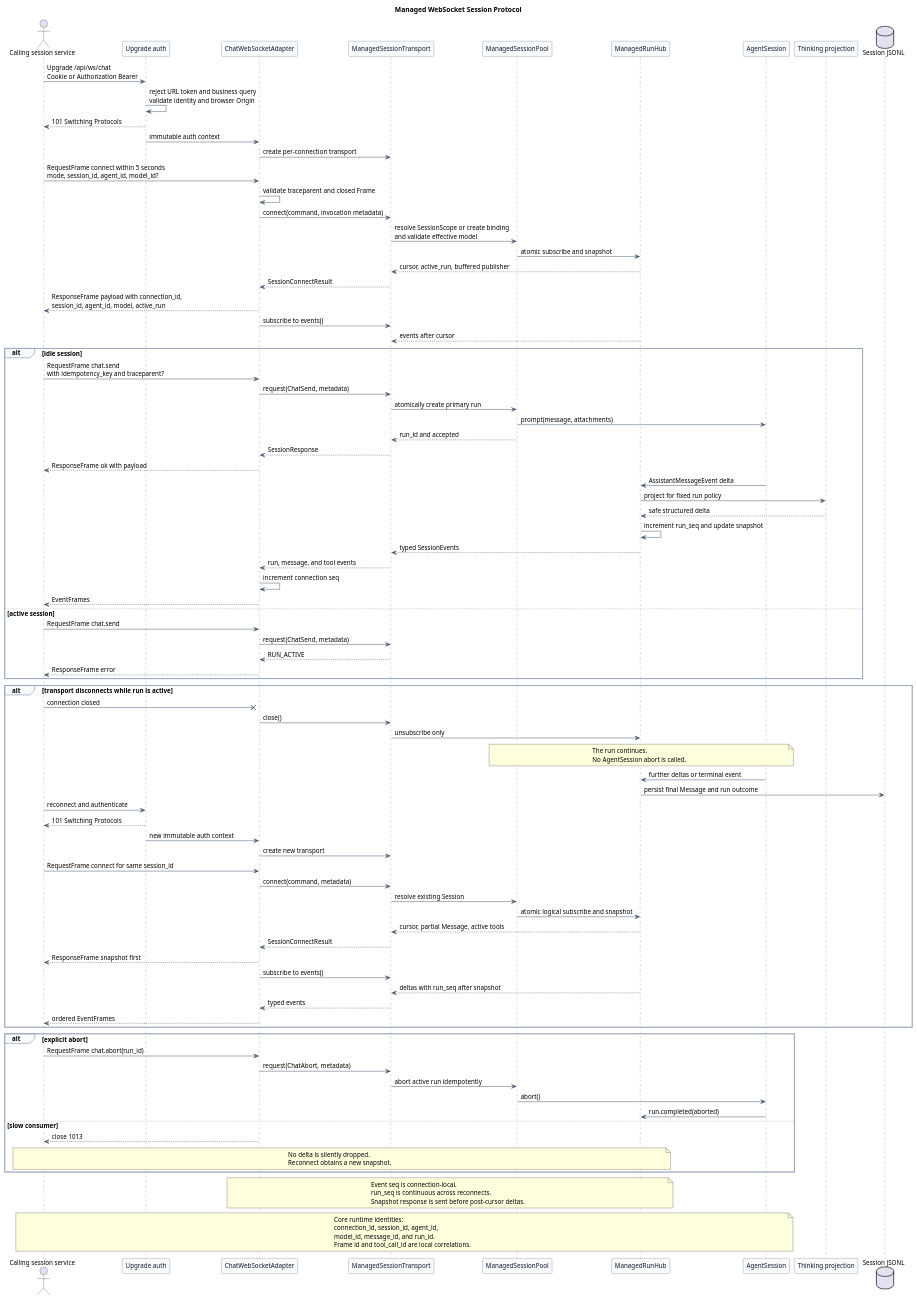
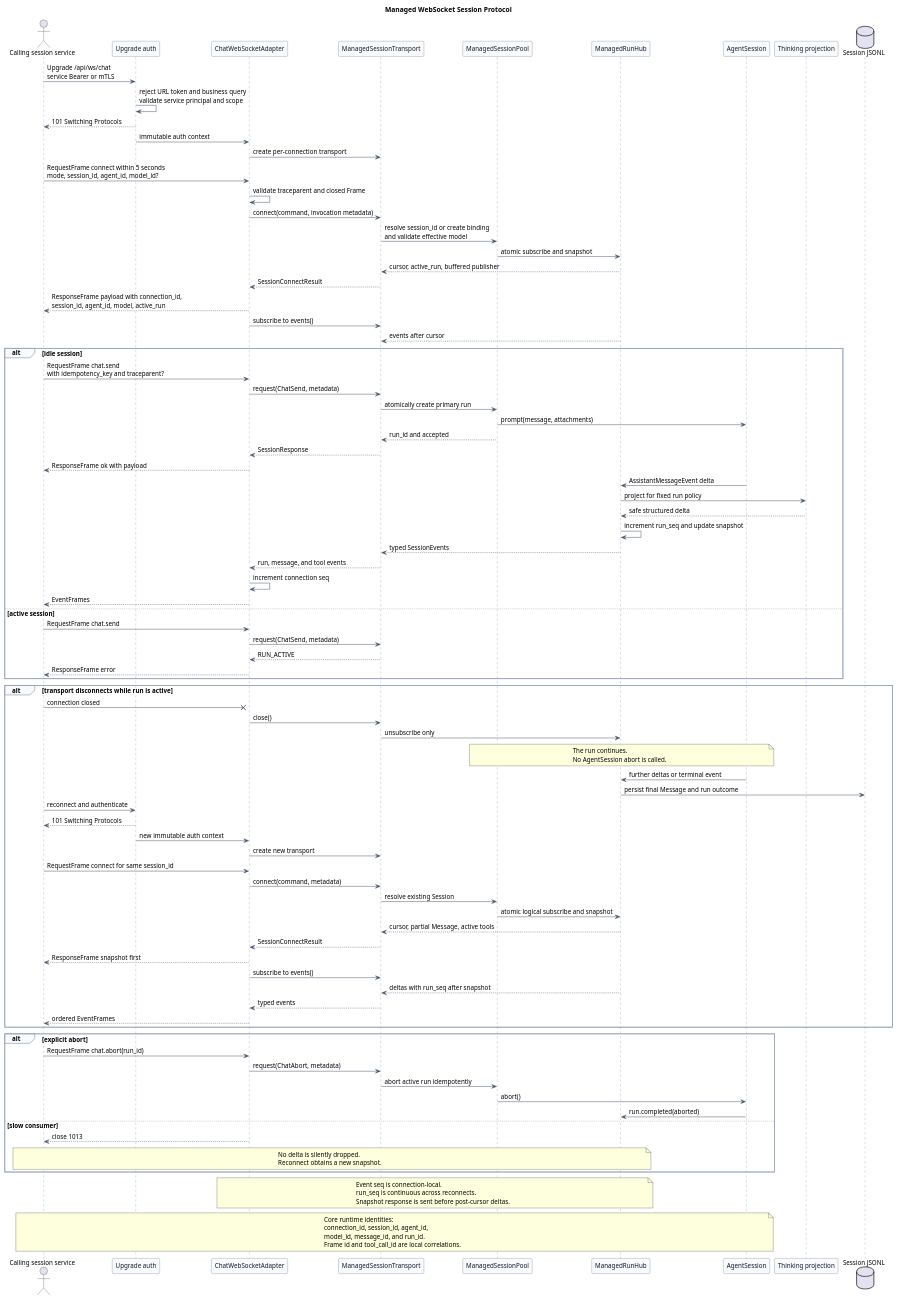
Before and after one commit to superheromeZzh/pi-mono-java-design: the fourth of 6 diagrams in pi-mono-java-manager-driven-multi-agent-runtime/diagram.puml, drawn with PlantUML. The commit also changed other lines of this file and 14 other files, not shown here.

Commit message:
docs(runtime): use session id as isolation key

```diff
--- a/pi-mono-java-manager-driven-multi-agent-runtime/diagram.puml
+++ b/pi-mono-java-manager-driven-multi-agent-runtime/diagram.puml
@@ -257,139 +259,140 @@
 @startuml managed_websocket_session_protocol
 title Managed WebSocket Session Protocol
 
 ' Source evidence:
 ' pi-mono-java modules/coding-agent-cli/src/main/java/com/campusclaw/codingagent/mode/server/ServerMode.java: websocket route
 ' pi-mono-java modules/coding-agent-cli/src/main/java/com/campusclaw/codingagent/mode/server/ChatWebSocketHandler.java: handle, onAgentEvent
 ' pi-mono-java modules/agent-core/src/main/java/com/campusclaw/agent/event/MessageUpdateEvent.java: message, assistantMessageEvent
 ' pi-mono-java modules/ai/src/main/java/com/campusclaw/ai/stream/AssistantMessageEvent.java: typed deltas
 ' OpenClaw baseline: b015925bc30f6a8363f290b07d5f8588e21422b8, Gateway Protocol v4
 ' openclaw packages/gateway-protocol/src/schema/frames.ts: RequestFrameSchema, GatewayFrameSchema
 ' openclaw packages/gateway-protocol/src/schema/logs-chat.ts: ChatDeltaEventSchema
 ' openclaw docs/gateway/clients.md: Recover state after reconnect
 ' openclaw src/gateway/server-broadcast.ts: createGatewayBroadcaster
 ' Observed behavior: Java v1 captures one Session per connection, emits cumulative Message updates,
 ' and aborts AgentSession when the WebSocket closes.
 ' Java divergence: v2 maps Frame payloads to typed SessionTransport requests and events.
 ' Architecture change: one connection is scoped to one caller-owned session and Agent, unlike OpenClaw Gateway multiplexing.
+' Target design: the Runtime authenticates a calling service and does not model tenant or user identity.
 ' Design reason: provide auditable ToB isolation and race-free recovery without moving run ownership to transport.
 
 skinparam backgroundColor #FFFFFF
 skinparam shadowing false
 skinparam defaultFontName Arial
 skinparam defaultFontSize 13
 skinparam participant {
   BackgroundColor #F8FAFC
   BorderColor #475569
   FontColor #0F172A
 }
 skinparam ArrowColor #475569
 skinparam sequence {
   LifeLineBorderColor #64748B
   LifeLineBackgroundColor #F8FAFC
   GroupBorderColor #94A3B8
   GroupBackgroundColor #F8FAFC
 }
 
 actor "Calling session service" as Client
 participant "Upgrade auth" as Auth
 participant "ChatWebSocketAdapter" as WS
 participant "ManagedSessionTransport" as Transport
 participant "ManagedSessionPool" as Pool
 participant "ManagedRunHub" as Hub
 participant "AgentSession" as Session
 participant "Thinking projection" as Projection
 database "Session JSONL" as Store
 
-Client -> Auth : Upgrade /api/ws/chat\nCookie or Authorization Bearer
-Auth -> Auth : reject URL token and business query\nvalidate identity and browser Origin
+Client -> Auth : Upgrade /api/ws/chat\nservice Bearer or mTLS
+Auth -> Auth : reject URL token and business query\nvalidate service principal and scope
 Auth --> Client : 101 Switching Protocols
 Auth -> WS : immutable auth context
 WS -> Transport : create per-connection transport
 Client -> WS : RequestFrame connect within 5 seconds\nmode, session_id, agent_id, model_id?
 WS -> WS : validate traceparent and closed Frame
 WS -> Transport : connect(command, invocation metadata)
-Transport -> Pool : resolve SessionScope or create binding\nand validate effective model
+Transport -> Pool : resolve session_id or create binding\nand validate effective model
 Pool -> Hub : atomic subscribe and snapshot
 Hub --> Transport : cursor, active_run, buffered publisher
 Transport --> WS : SessionConnectResult
 WS --> Client : ResponseFrame payload with connection_id,\nsession_id, agent_id, model, active_run
 WS -> Transport : subscribe to events()
 Hub --> Transport : events after cursor
 
 alt idle session
   Client -> WS : RequestFrame chat.send\nwith idempotency_key and traceparent?
   WS -> Transport : request(ChatSend, metadata)
   Transport -> Pool : atomically create primary run
   Pool -> Session : prompt(message, attachments)
   Pool --> Transport : run_id and accepted
   Transport --> WS : SessionResponse
   WS --> Client : ResponseFrame ok with payload
   Session -> Hub : AssistantMessageEvent delta
   Hub -> Projection : project for fixed run policy
   Projection --> Hub : safe structured delta
   Hub -> Hub : increment run_seq and update snapshot
   Hub --> Transport : typed SessionEvents
   Transport --> WS : run, message, and tool events
   WS -> WS : increment connection seq
   WS --> Client : EventFrames
 else active session
   Client -> WS : RequestFrame chat.send
   WS -> Transport : request(ChatSend, metadata)
   Transport --> WS : RUN_ACTIVE
   WS --> Client : ResponseFrame error
 end
 
 alt transport disconnects while run is active
   Client -x WS : connection closed
   WS -> Transport : close()
   Transport -> Hub : unsubscribe only
   note over Pool,Session
   The run continues.
   No AgentSession abort is called.
   end note
   Session -> Hub : further deltas or terminal event
   Hub -> Store : persist final Message and run outcome
   Client -> Auth : reconnect and authenticate
   Auth --> Client : 101 Switching Protocols
   Auth -> WS : new immutable auth context
   WS -> Transport : create new transport
   Client -> WS : RequestFrame connect for same session_id
   WS -> Transport : connect(command, metadata)
   Transport -> Pool : resolve existing Session
   Pool -> Hub : atomic logical subscribe and snapshot
   Hub --> Transport : cursor, partial Message, active tools
   Transport --> WS : SessionConnectResult
   WS --> Client : ResponseFrame snapshot first
   WS -> Transport : subscribe to events()
   Hub --> Transport : deltas with run_seq after snapshot
   Transport --> WS : typed events
   WS --> Client : ordered EventFrames
 end
 
 alt explicit abort
   Client -> WS : RequestFrame chat.abort(run_id)
   WS -> Transport : request(ChatAbort, metadata)
   Transport -> Pool : abort active run idempotently
   Pool -> Session : abort()
   Session -> Hub : run.completed(aborted)
 else slow consumer
   WS --> Client : close 1013
   note over Client,Hub
   No delta is silently dropped.
   Reconnect obtains a new snapshot.
   end note
 end
 
 note over WS,Hub
 Event seq is connection-local.
 run_seq is continuous across reconnects.
 Snapshot response is sent before post-cursor deltas.
 end note
 
 note over Client,Session
 Core runtime identities:
 connection_id, session_id, agent_id,
 model_id, message_id, and run_id.
 Frame id and tool_call_id are local correlations.
 end note
 @enduml
```
